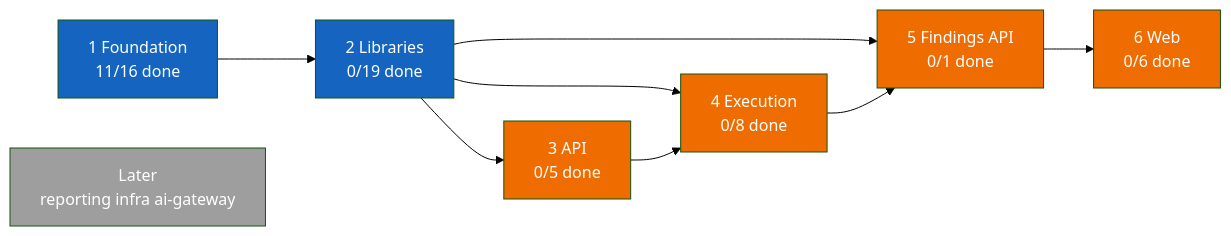
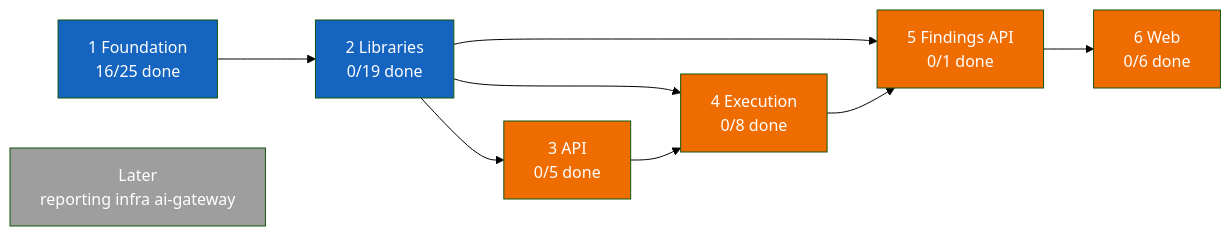
One commit to vulcanflow/docs changed the first of 2 diagrams in PROGRESS.md. Above: the diagram before and after it, drawn with Mermaid (forest theme). The commit also changed other lines of this file and 1 other file, not shown here.

````diff
--- a/PROGRESS.md
+++ b/PROGRESS.md
@@ -24,31 +24,31 @@
 ```mermaid
 flowchart LR
-  P1["1 Foundation<br/>11/16 done"]
+  P1["1 Foundation<br/>16/25 done"]
   P2["2 Libraries<br/>0/19 done"]
   P3["3 API<br/>0/5 done"]
   P4["4 Execution<br/>0/8 done"]
   P5["5 Findings API<br/>0/1 done"]
   P6["6 Web<br/>0/6 done"]
   L["Later<br/>reporting infra ai-gateway"]
 
   P1 --> P2
   P2 --> P3
   P2 --> P4
   P3 --> P4
   P2 --> P5
   P4 --> P5
   P5 --> P6
 
   classDef done fill:#2e7d32,color:#fff
   classDef active fill:#1565c0,color:#fff
   classDef held fill:#9e9e9e,color:#fff
   classDef blocked fill:#ef6c00,color:#fff
 
   class P1 active
   class P2 active
   class P3 blocked
   class P4 blocked
   class P5 blocked
   class P6 blocked
   class L held
 ```
````
